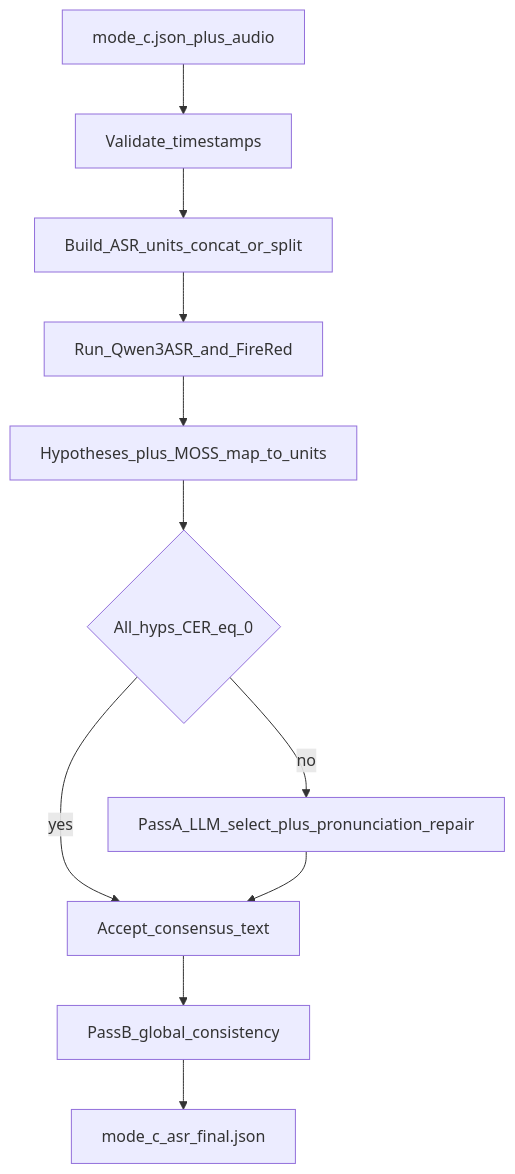
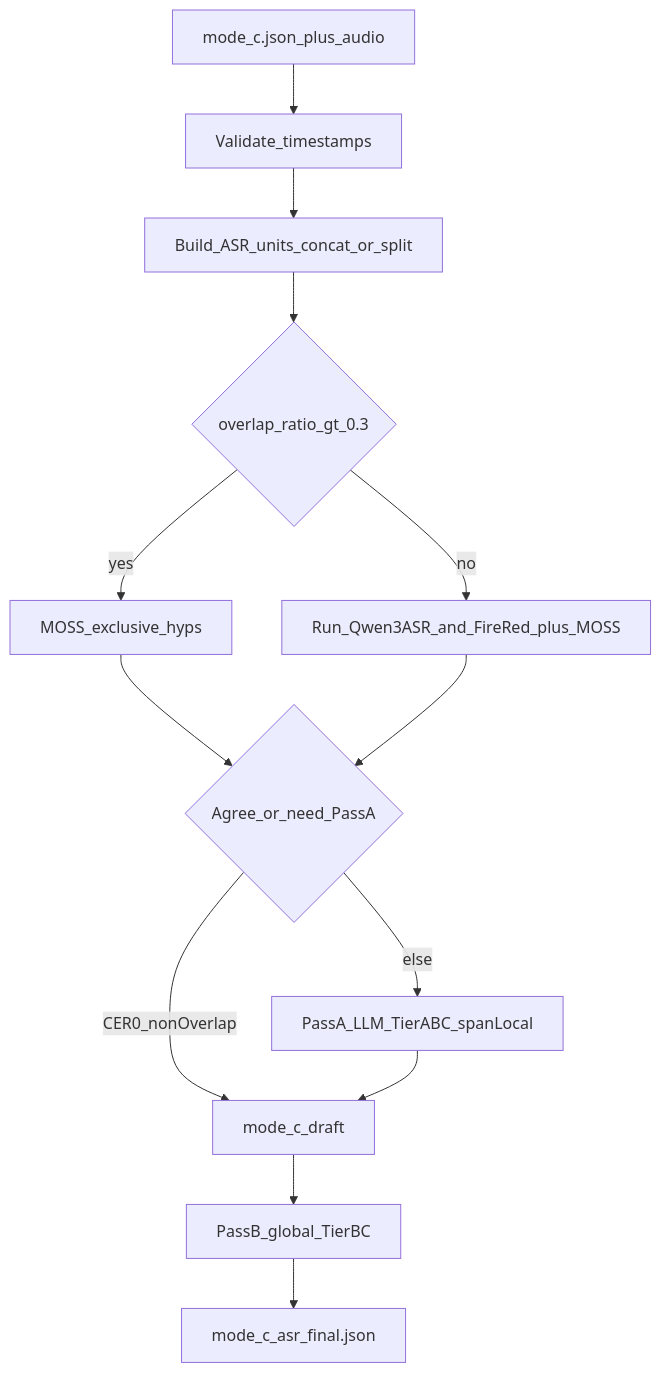
One commit to zyxciel/multi_asr_improve changed the diagram in docs/2026-07-24-stage2-multi-asr-llm-fusion-design.md. Above: the diagram before and after it, drawn with Mermaid. The commit also changed other lines of this file and 1 other file, not shown here.

First line of the commit message:
Finalize Stage-2 design: O1b span-local char-count, B0 MOSS-from-fusion.

````diff
--- a/docs/2026-07-24-stage2-multi-asr-llm-fusion-design.md
+++ b/docs/2026-07-24-stage2-multi-asr-llm-fusion-design.md
@@ -36,13 +41,15 @@
 ```mermaid
 flowchart TD
   inJson[mode_c.json_plus_audio] --> validate[Validate_timestamps]
   validate --> units[Build_ASR_units_concat_or_split]
-  units --> asr[Run_Qwen3ASR_and_FireRed]
-  asr --> hyps[Hypotheses_plus_MOSS_map_to_units]
-  hyps --> agree{All_hyps_CER_eq_0}
-  agree -->|yes| draft[Accept_consensus_text]
-  agree -->|no| passA[PassA_LLM_select_plus_pronunciation_repair]
+  units --> ovGate{overlap_ratio_gt_0.3}
+  ovGate -->|yes| mossOnly[MOSS_exclusive_hyps]
+  ovGate -->|no| asr[Run_Qwen3ASR_and_FireRed_plus_MOSS]
+  mossOnly --> agree{Agree_or_need_PassA}
+  asr --> agree
+  agree -->|CER0_nonOverlap| draft[mode_c_draft]
+  agree -->|else| passA[PassA_LLM_TierABC_spanLocal]
   passA --> draft
-  draft --> passB[PassB_global_consistency]
+  draft --> passB[PassB_global_TierBC]
   passB --> out[mode_c_asr_final.json]
 ```
````
